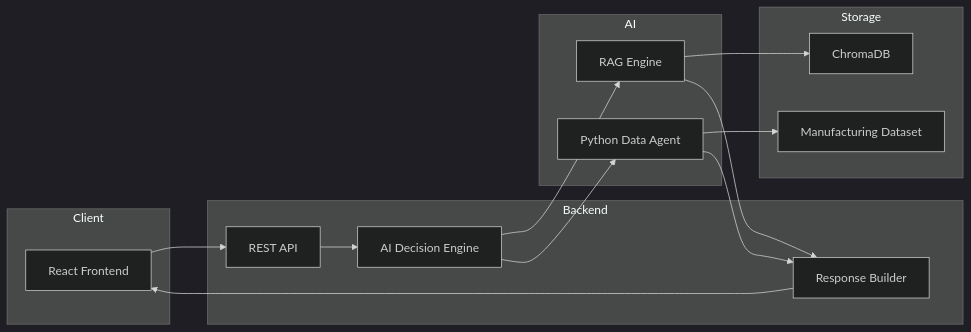
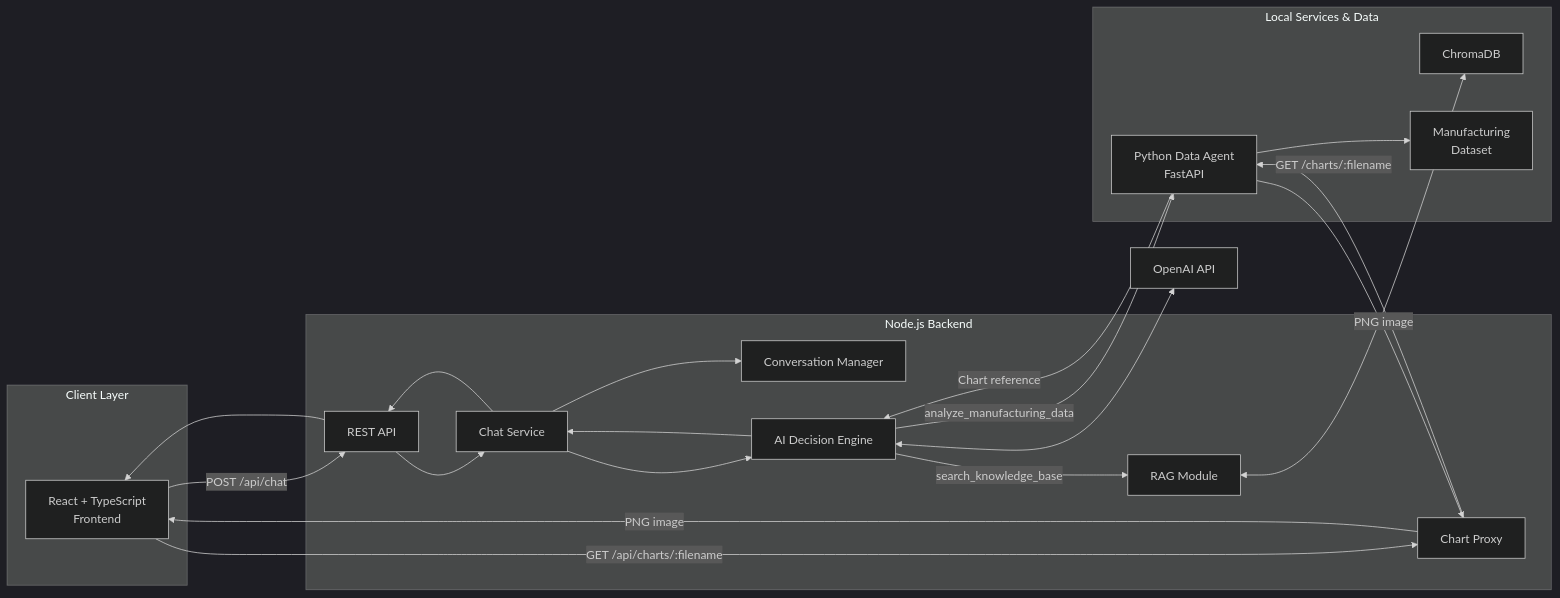
The third of 10 diagrams in docs/it/03_System_Architecture.md (marcosaccani1/maranello-ai), drawn with Mermaid (dark theme) before and after one commit. The commit also changed other lines of this file and 7 other files, not shown here.

````diff
--- a/docs/it/03_System_Architecture.md
+++ b/docs/it/03_System_Architecture.md
@@ -309,53 +371,46 @@
 ```mermaid
 flowchart LR
 
-subgraph Client
+    subgraph Client["Client Layer"]
+        Frontend["React + TypeScript<br/>Frontend"]
+    end
 
-Frontend["React Frontend"]
+    subgraph BackendContainer["Node.js Backend"]
+        API["REST API"]
+        Chat["Chat Service"]
+        Conversation["Conversation Manager"]
+        Decision["AI Decision Engine"]
+        RAG["RAG Module"]
+        ChartProxy["Chart Proxy"]
+    end
 
-end
+    OpenAI["OpenAI API"]
 
-subgraph Backend
+    subgraph DataLayer["Local Services & Data"]
+        Chroma["ChromaDB"]
+        Python["Python Data Agent<br/>FastAPI"]
+        CSV["Manufacturing<br/>Dataset"]
+    end
 
-API["REST API"]
+    Frontend -->|"POST /api/chat"| API
+    API --> Chat
+    Chat --> Conversation
+    Chat --> Decision
 
-Decision["AI Decision Engine"]
+    Decision <--> OpenAI
+    Decision -->|"search_knowledge_base"| RAG
+    RAG <--> Chroma
 
-Response["Response Builder"]
+    Decision -->|"analyze_manufacturing_data"| Python
+    Python --> CSV
 
-end
+    Python -->|"Chart reference"| Decision
+    Decision --> Chat
+    Chat --> API
+    API --> Frontend
 
-subgraph AI
-
-RAG["RAG Engine"]
-
-Python["Python Data Agent"]
-
-end
-
-subgraph Storage
-
-Vector["ChromaDB"]
-
-CSV["Manufacturing Dataset"]
-
-end
-
-Frontend --> API
-
-API --> Decision
-
-Decision --> RAG
-
-Decision --> Python
-
-RAG --> Vector
-
-Python --> CSV
-
-RAG --> Response
-
-Python --> Response
-
-Response --> Frontend
+    Frontend -->|"GET /api/charts/:filename"| ChartProxy
+    ChartProxy -->|"GET /charts/:filename"| Python
+    Python -->|"PNG image"| ChartProxy
+    ChartProxy -->|"PNG image"| Frontend
 ```
````
